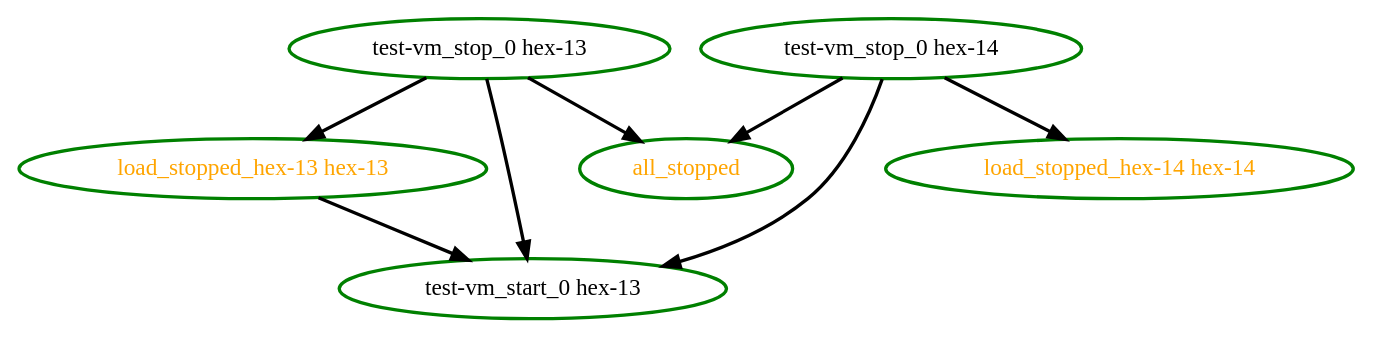
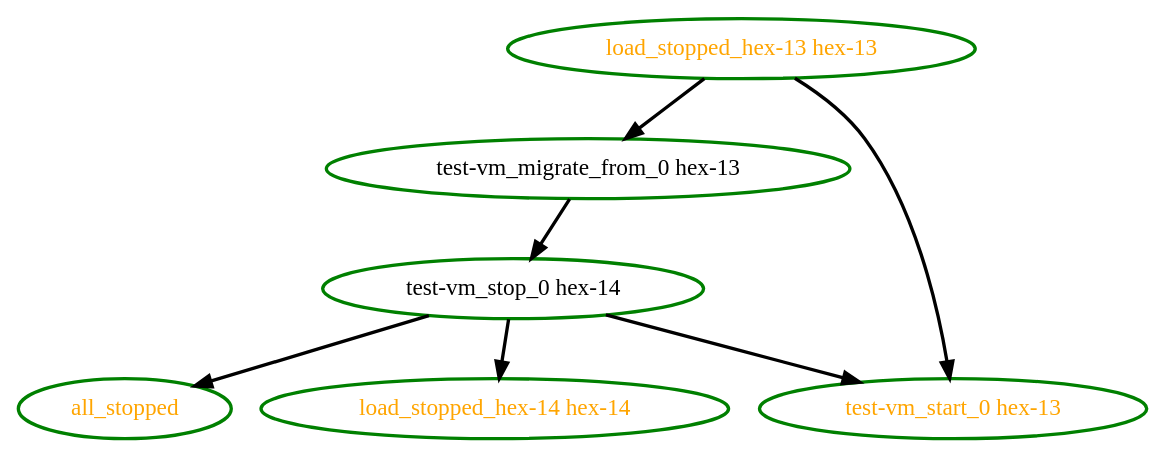
One commit to ClusterLabs/pacemaker changed the diagram in pengine/test10/migrate-partial-2.dot. Above: the diagram before and after it, drawn with Graphviz. The commit also changed 1 other file, not shown here.

```diff
--- a/pengine/test10/migrate-partial-2.dot
+++ b/pengine/test10/migrate-partial-2.dot
@@ -1,15 +1,14 @@
-digraph "g" {
-"all_stopped" [ style=bold color="green" fontcolor="orange" ]
+ digraph "g" {
+"all_stopped" [ style=bold color="green" fontcolor="orange"]
+"load_stopped_hex-13 hex-13" -> "test-vm_migrate_from_0 hex-13" [ style = bold]
 "load_stopped_hex-13 hex-13" -> "test-vm_start_0 hex-13" [ style = bold]
-"load_stopped_hex-13 hex-13" [ style=bold color="green" fontcolor="orange" ]
-"load_stopped_hex-14 hex-14" [ style=bold color="green" fontcolor="orange" ]
-"test-vm_start_0 hex-13" [ style=bold color="green" fontcolor="black" ]
-"test-vm_stop_0 hex-13" -> "all_stopped" [ style = bold]
-"test-vm_stop_0 hex-13" -> "load_stopped_hex-13 hex-13" [ style = bold]
-"test-vm_stop_0 hex-13" -> "test-vm_start_0 hex-13" [ style = bold]
-"test-vm_stop_0 hex-13" [ style=bold color="green" fontcolor="black" ]
+"load_stopped_hex-13 hex-13" [ style=bold color="green" fontcolor="orange"]
+"load_stopped_hex-14 hex-14" [ style=bold color="green" fontcolor="orange"]
+"test-vm_migrate_from_0 hex-13" -> "test-vm_stop_0 hex-14" [ style = bold]
+"test-vm_migrate_from_0 hex-13" [ style=bold color="green" fontcolor="black"]
+"test-vm_start_0 hex-13" [ style=bold color="green" fontcolor="orange"]
 "test-vm_stop_0 hex-14" -> "all_stopped" [ style = bold]
 "test-vm_stop_0 hex-14" -> "load_stopped_hex-14 hex-14" [ style = bold]
 "test-vm_stop_0 hex-14" -> "test-vm_start_0 hex-13" [ style = bold]
-"test-vm_stop_0 hex-14" [ style=bold color="green" fontcolor="black" ]
+"test-vm_stop_0 hex-14" [ style=bold color="green" fontcolor="black"]
 }
```
